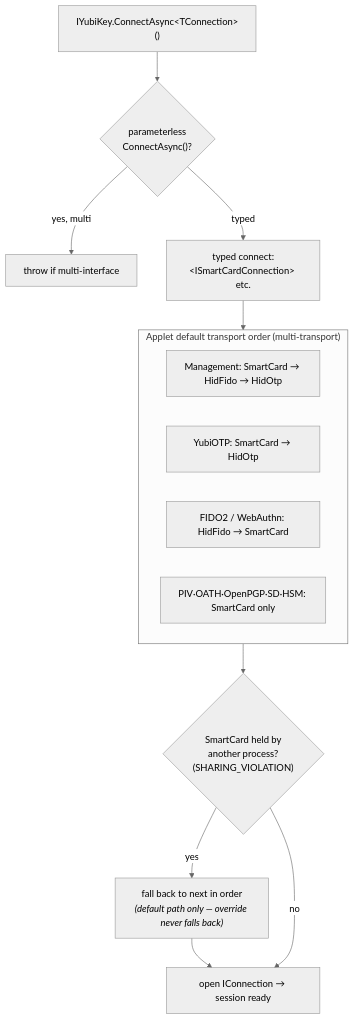
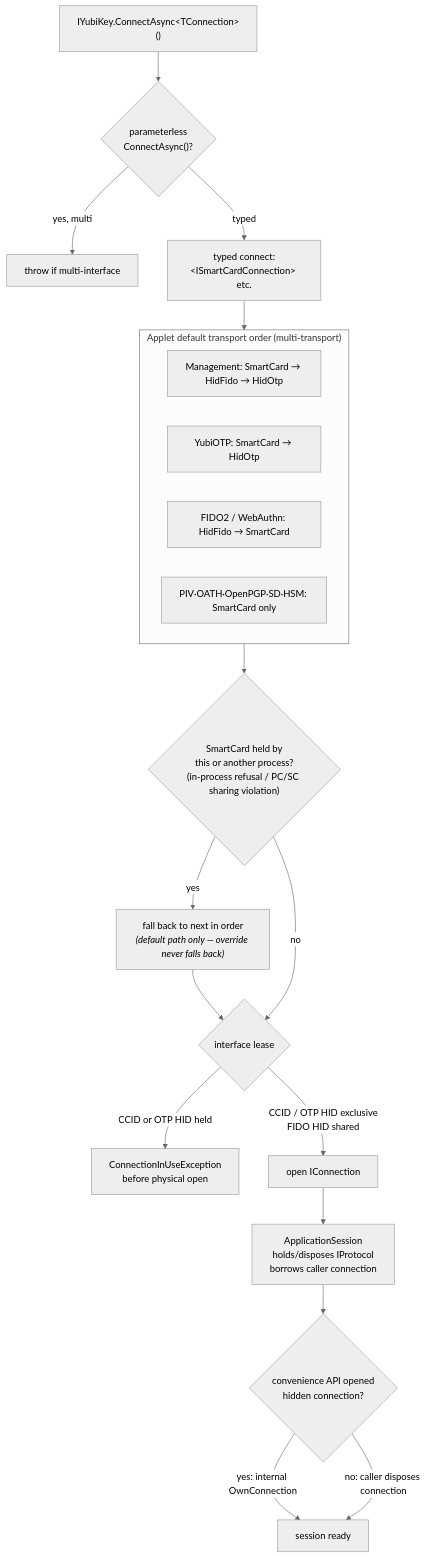
One commit to Yubico/Yubico.NET.SDK changed the seventh of 7 diagrams in docs/architecture/sdk-architecture-diagrams.md. Above: the diagram before and after it, drawn with Mermaid (neutral theme). The commit also changed other lines of this file and 14 other files, not shown here.

````diff
--- a/docs/architecture/sdk-architecture-diagrams.md
+++ b/docs/architecture/sdk-architecture-diagrams.md
@@ -322,26 +325,36 @@
 ```mermaid
 flowchart TD
     Dev["IYubiKey.ConnectAsync&lt;TConnection&gt;()"]
     Q{"parameterless<br/>ConnectAsync()?"}
     Throw["throw if multi-interface"]
     Typed["typed connect:<br/>&lt;ISmartCardConnection&gt; etc."]
 
     subgraph Applet["Applet default transport order (multi-transport)"]
         M["Management: SmartCard → HidFido → HidOtp"]
         O["YubiOTP: SmartCard → HidOtp"]
         F["FIDO2 / WebAuthn: HidFido → SmartCard"]
         S["PIV·OATH·OpenPGP·SD·HSM: SmartCard only"]
     end
 
-    FB{"SmartCard held by<br/>another process?<br/>(SHARING_VIOLATION)"}
+    FB{"SmartCard held by<br/>this or another process?<br/>(in-process refusal / PC/SC sharing violation)"}
     Fallback["fall back to next in order<br/><i>(default path only — override never falls back)</i>"]
-    Conn["open IConnection → session ready"]
+    Lease{"interface lease"}
+    Refuse["ConnectionInUseException<br/>before physical open"]
+    Conn["open IConnection"]
+    Session["ApplicationSession<br/>holds/disposes IProtocol<br/>borrows caller connection"]
+    Own{"convenience API opened<br/>hidden connection?"}
+    Ready["session ready"]
 
     Dev --> Q
     Q -->|yes, multi| Throw
     Q -->|typed| Typed
     Typed --> Applet
     Applet --> FB
-    FB -->|yes| Fallback --> Conn
-    FB -->|no| Conn
+    FB -->|yes| Fallback --> Lease
+    FB -->|no| Lease
+    Lease -->|CCID or OTP HID held| Refuse
+    Lease -->|CCID / OTP HID exclusive<br/>FIDO HID shared| Conn
+    Conn --> Session --> Own
+    Own -->|yes: internal OwnConnection| Ready
+    Own -->|no: caller disposes connection| Ready
 ```
````
